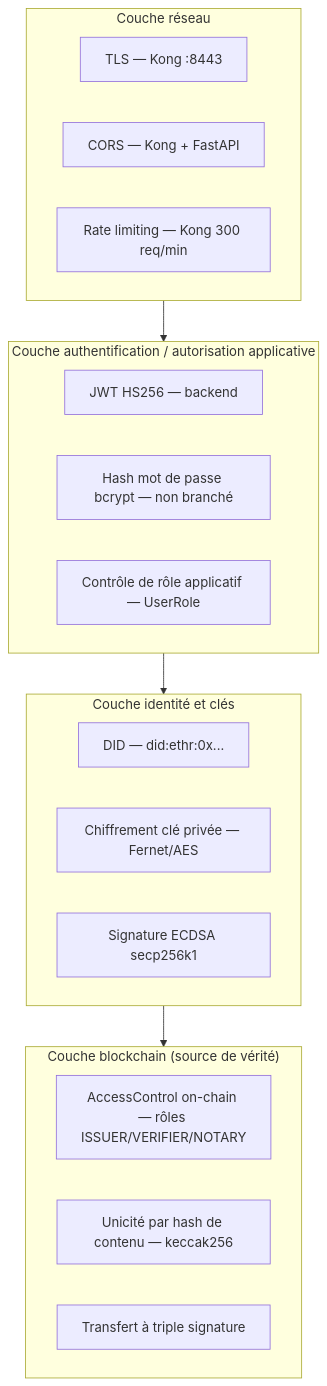
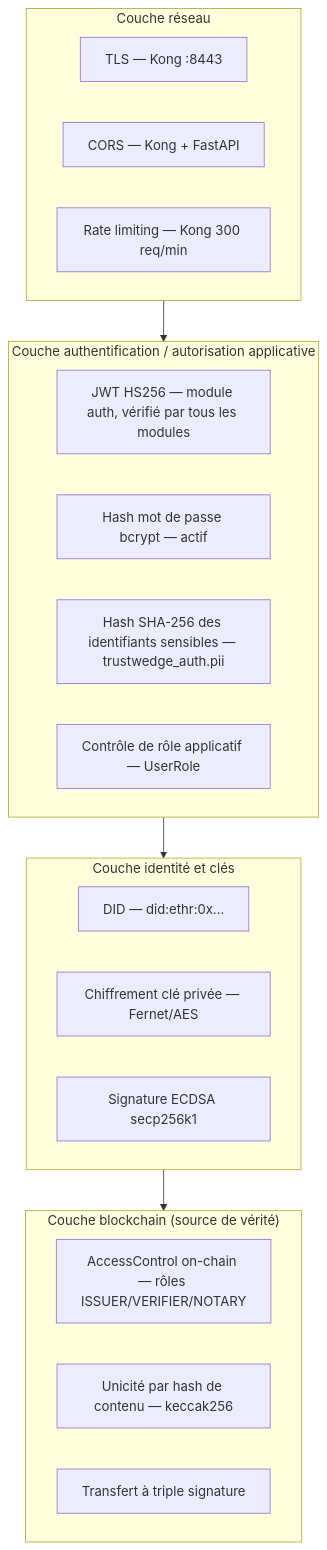
The diagram in docs/08-SECURITE.md (diawba94-git/trust-platform-mvp), drawn with Mermaid before and after one commit. The commit also changed other lines of this file and 289 other files, not shown here.

````diff
--- a/docs/08-SECURITE.md
+++ b/docs/08-SECURITE.md
@@ -8,24 +8,25 @@
 ```mermaid
 flowchart TD
     subgraph L1["Couche réseau"]
         TLS[TLS — Kong :8443]
         CORS[CORS — Kong + FastAPI]
         RL[Rate limiting — Kong 300 req/min]
     end
     subgraph L2["Couche authentification / autorisation applicative"]
-        JWT[JWT HS256 — backend]
-        BCRYPT[Hash mot de passe bcrypt — non branché]
+        JWT[JWT HS256 — module auth, vérifié par tous les modules]
+        BCRYPT[Hash mot de passe bcrypt — actif]
+        PII[Hash SHA-256 des identifiants sensibles — trustwedge_auth.pii]
         ROLE[Contrôle de rôle applicatif — UserRole]
     end
     subgraph L3["Couche identité et clés"]
         DID[DID — did:ethr:0x...]
         FERNET[Chiffrement clé privée — Fernet/AES]
         ECDSA[Signature ECDSA secp256k1]
     end
     subgraph L4["Couche blockchain (source de vérité)"]
         ACCESSCTRL[AccessControl on-chain — rôles ISSUER/VERIFIER/NOTARY]
         HASH[Unicité par hash de contenu — keccak256]
         MULTISIG[Transfert à triple signature]
     end
     L1 --> L2 --> L3 --> L4
 ```
````
